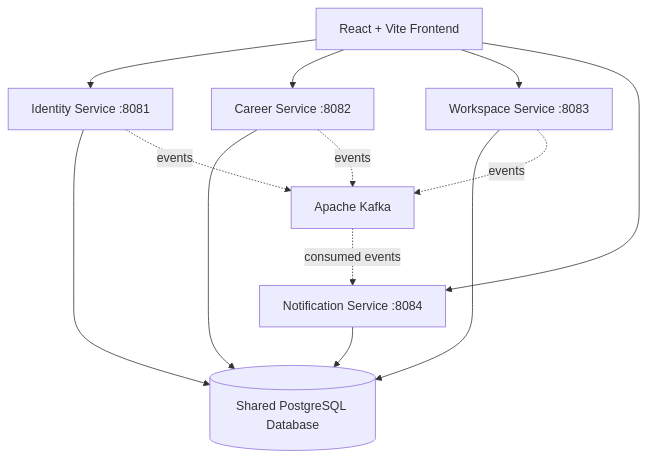
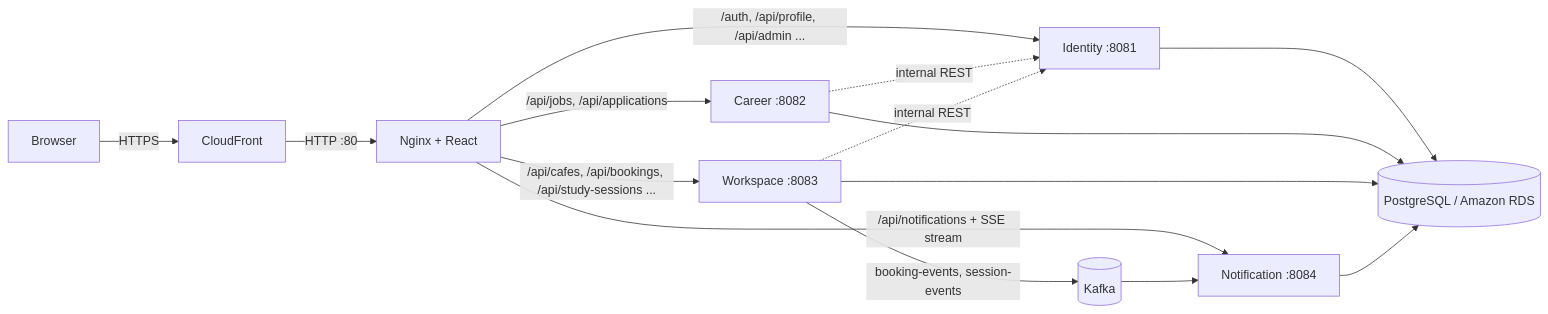
Before and after one commit to Noor-Shafeeq-Ashoor/updated-waslah: the first of 3 diagrams in README.md, drawn with Mermaid. The commit also changed other lines of this file and 20 other files, not shown here.

Commit message:
docs: final README, ERD per service, plan, user stories

````diff
--- a/README.md
+++ b/README.md
@@ -70,16 +68,14 @@
 ```mermaid
-flowchart TB
-    UI[React + Vite Frontend]
-    UI --> ID[Identity Service :8081]
-    UI --> CA[Career Service :8082]
-    UI --> WS[Workspace Service :8083]
-    UI --> NO[Notification Service :8084]
-    ID --> PG[(Shared PostgreSQL Database)]
-    CA --> PG
-    WS --> PG
-    NO --> PG
-    ID -. events .-> K[Apache Kafka]
-    CA -. events .-> K
-    WS -. events .-> K
-    K -. consumed events .-> NO
+flowchart LR
+    B[Browser] -->|HTTPS| CF[CloudFront]
+    CF -->|HTTP :80| N[Nginx + React]
+    N -->|/auth, /api/profile, /api/admin ...| I[Identity :8081]
+    N -->|/api/jobs, /api/applications| C[Career :8082]
+    N -->|/api/cafes, /api/bookings, /api/study-sessions ...| W[Workspace :8083]
+    N -->|/api/notifications + SSE stream| NO[Notification :8084]
+    C -. internal REST .-> I
+    W -. internal REST .-> I
+    W -->|booking-events, session-events| K[(Kafka)]
+    K --> NO
+    I & C & W & NO --> DB[(PostgreSQL / Amazon RDS)]
 ```
````
